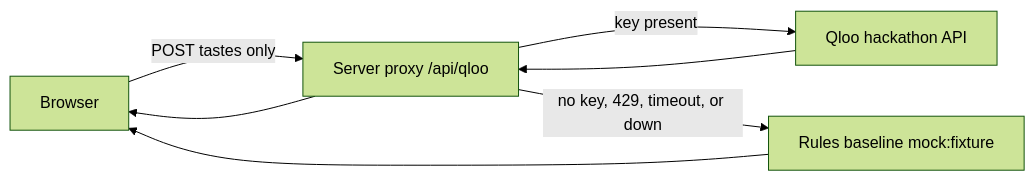
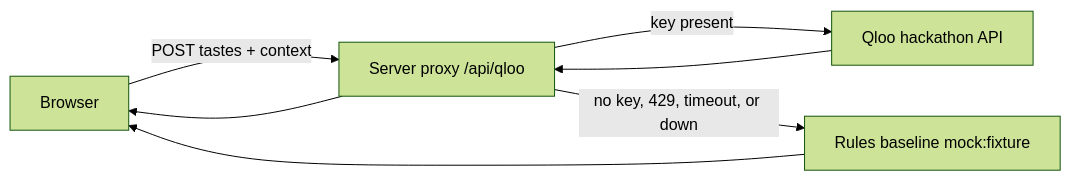
The diagram in README.md (xinyurun215/tastetrip-agent), drawn with Mermaid (forest theme) before and after one commit. The commit also changed other lines of this file and 21 other files, not shown here.

Commit message:
feat: complete multi-member TasteTrip flow

````diff
--- a/README.md
+++ b/README.md
@@ -44,13 +44,13 @@
 ```mermaid
 flowchart LR
   browser[Browser]
   proxy["Server proxy /api/qloo"]
   qloo["Qloo hackathon API"]
   rules["Rules baseline mock:fixture"]
-  browser -->|"POST tastes only"| proxy
+  browser -->|"POST tastes + context"| proxy
   proxy -->|"key present"| qloo
   proxy -->|"no key, 429, timeout, or down"| rules
   qloo --> proxy
   rules --> browser
   proxy --> browser
 ```
````
